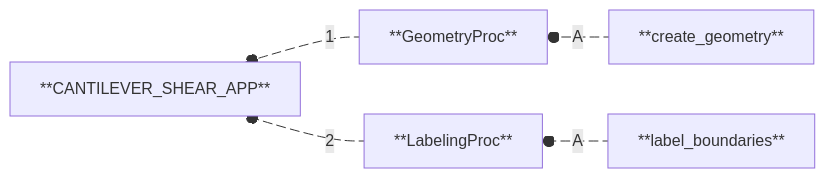
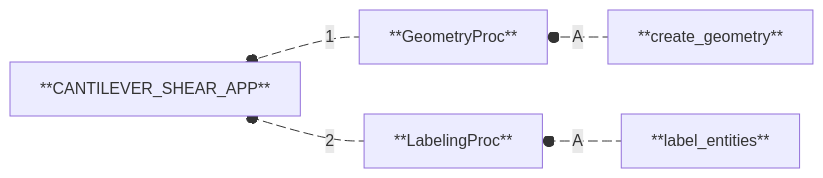
Before and after one commit to nuremics/nuremics-docs: the first of 4 diagrams in docs/use-cases/cms/cantilever-shear/materials-and-methods.md, drawn with Mermaid. The commit also changed other lines of this file and 3 other files, not shown here.

Commit message:
update LabelingProc

````diff
--- a/docs/use-cases/cms/cantilever-shear/materials-and-methods.md
+++ b/docs/use-cases/cms/cantilever-shear/materials-and-methods.md
@@ -14,11 +14,11 @@
 ```mermaid
 flowchart RL
   **GeometryProc** e1@--1--o **CANTILEVER_SHEAR_APP**
   **LabelingProc** e2@--2--o **CANTILEVER_SHEAR_APP**
   **create_geometry** e3@--A--o **GeometryProc**
-  **label_boundaries** e4@--A--o **LabelingProc**
+  **label_entities** e4@--A--o **LabelingProc**
   e1@{ animate: true }
   e2@{ animate: true }
   e3@{ animate: true }
   e4@{ animate: true }
 ```
````
